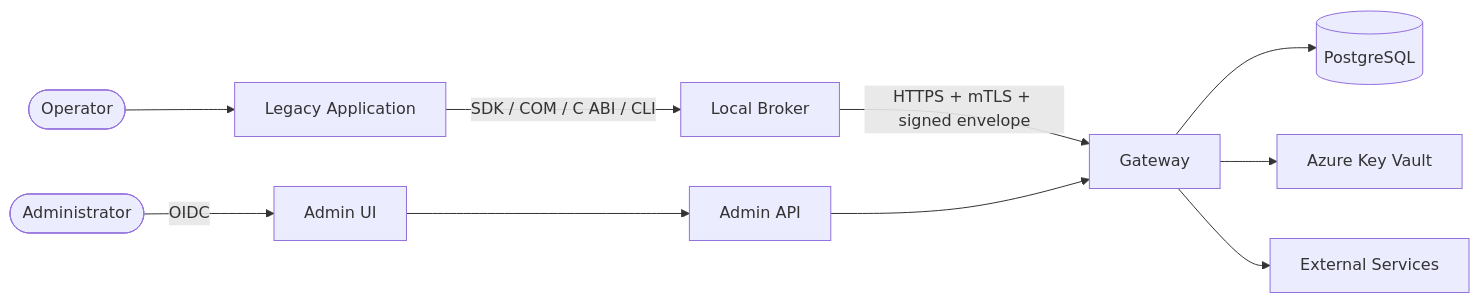
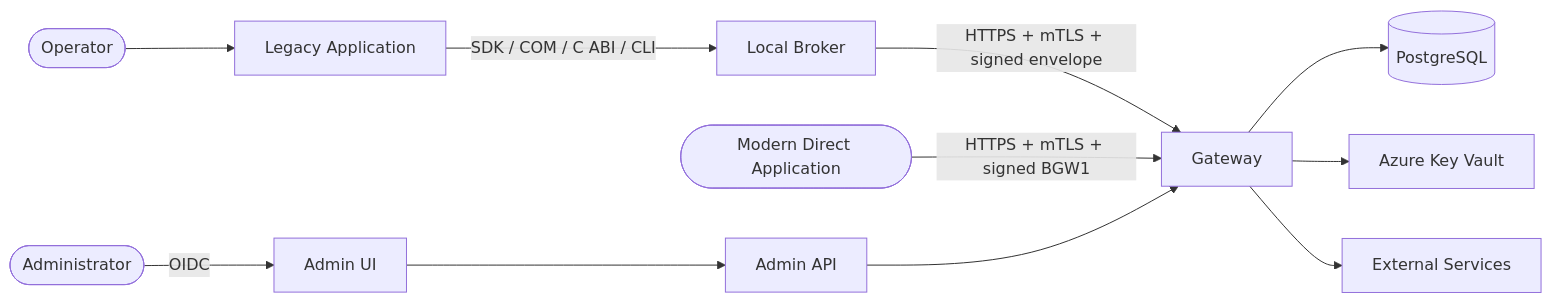
The diagram in docs/architecture/system-architecture.md (marcobiz/secure-integration-platform), drawn with Mermaid before and after one commit. The commit also changed other lines of this file and 9 other files, not shown here.

Commit message:
docs(m55): freeze direct gateway access contract

````diff
--- a/docs/architecture/system-architecture.md
+++ b/docs/architecture/system-architecture.md
@@ -5,12 +5,13 @@
 ```mermaid
 flowchart LR
   Operator([Operator]) --> Legacy[Legacy Application]
   Legacy -->|SDK / COM / C ABI / CLI| Broker[Local Broker]
   Broker -->|HTTPS + mTLS + signed envelope| Gateway[Gateway]
+  Direct([Modern Direct Application]) -->|HTTPS + mTLS + signed BGW1| Gateway
   Admin([Administrator]) -->|OIDC| UI[Admin UI]
   UI --> AdminAPI[Admin API]
   AdminAPI --> Gateway
   Gateway --> DB[(PostgreSQL)]
   Gateway --> Vault[Azure Key Vault]
   Gateway --> External[External Services]
 ```
````
